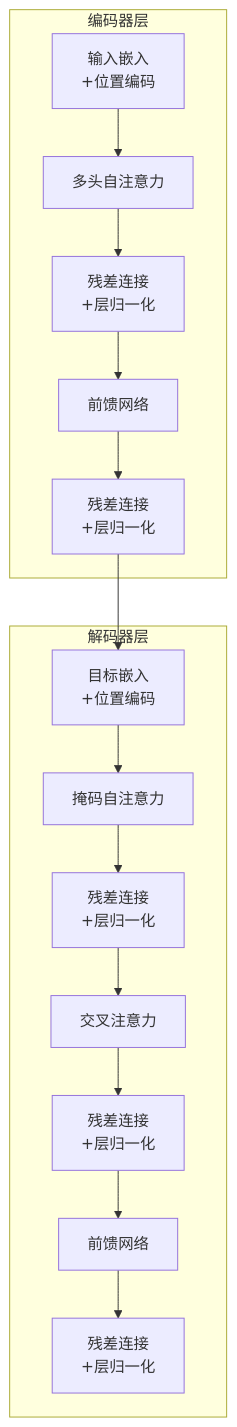
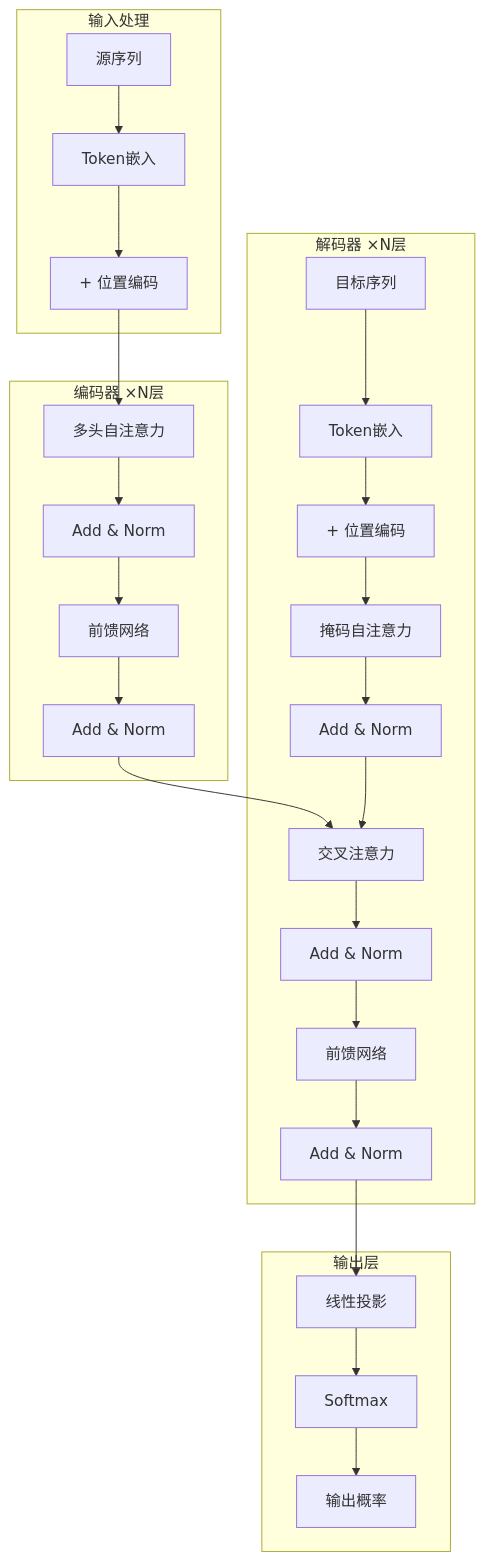
The third of 6 diagrams in book/part2-llm/chapter13-transformer/13.5-transformer-complete-architecture.md (Leavesfly/TinyAI), drawn with Mermaid before and after one commit. The commit also changed other lines of this file and 40 other files, not shown here.

````diff
--- a/book/part2-llm/chapter13-transformer/13.5-transformer-complete-architecture.md
+++ b/book/part2-llm/chapter13-transformer/13.5-transformer-complete-architecture.md
@@ -44,33 +116,32 @@
 ```mermaid
 graph TB
-    subgraph "编码器层"
-        A[输入嵌入<br/>+位置编码]
-        B[多头自注意力]
-        C[残差连接<br/>+层归一化]
-        D[前馈网络]
-        E[残差连接<br/>+层归一化]
+    subgraph "输入处理"
+        A[源序列] --> B[Token嵌入]
+        B --> C[+ 位置编码]
     end
     
-    subgraph "解码器层"
-        F[目标嵌入<br/>+位置编码]
-        G[掩码自注意力]
-        H[残差连接<br/>+层归一化]
-        I[交叉注意力]
-        J[残差连接<br/>+层归一化]
-        K[前馈网络]
-        L[残差连接<br/>+层归一化]
+    subgraph "编码器 ×N层"
+        C --> D[多头自注意力]
+        D --> E[Add & Norm]
+        E --> F[前馈网络]
+        F --> G[Add & Norm]
     end
     
-    A --> B
-    B --> C
-    C --> D
-    D --> E
-    E --> F
+    subgraph "解码器 ×N层"
+        H[目标序列] --> I[Token嵌入]
+        I --> J[+ 位置编码]
+        J --> K[掩码自注意力]
+        K --> L[Add & Norm]
+        G --> M[交叉注意力]
+        L --> M
+        M --> N[Add & Norm]
+        N --> O[前馈网络]
+        O --> P[Add & Norm]
+    end
     
-    F --> G
-    G --> H
-    H --> I
-    I --> J
-    J --> K
-    K --> L
+    subgraph "输出层"
+        P --> Q[线性投影]
+        Q --> R[Softmax]
+        R --> S[输出概率]
+    end
 ```
````
